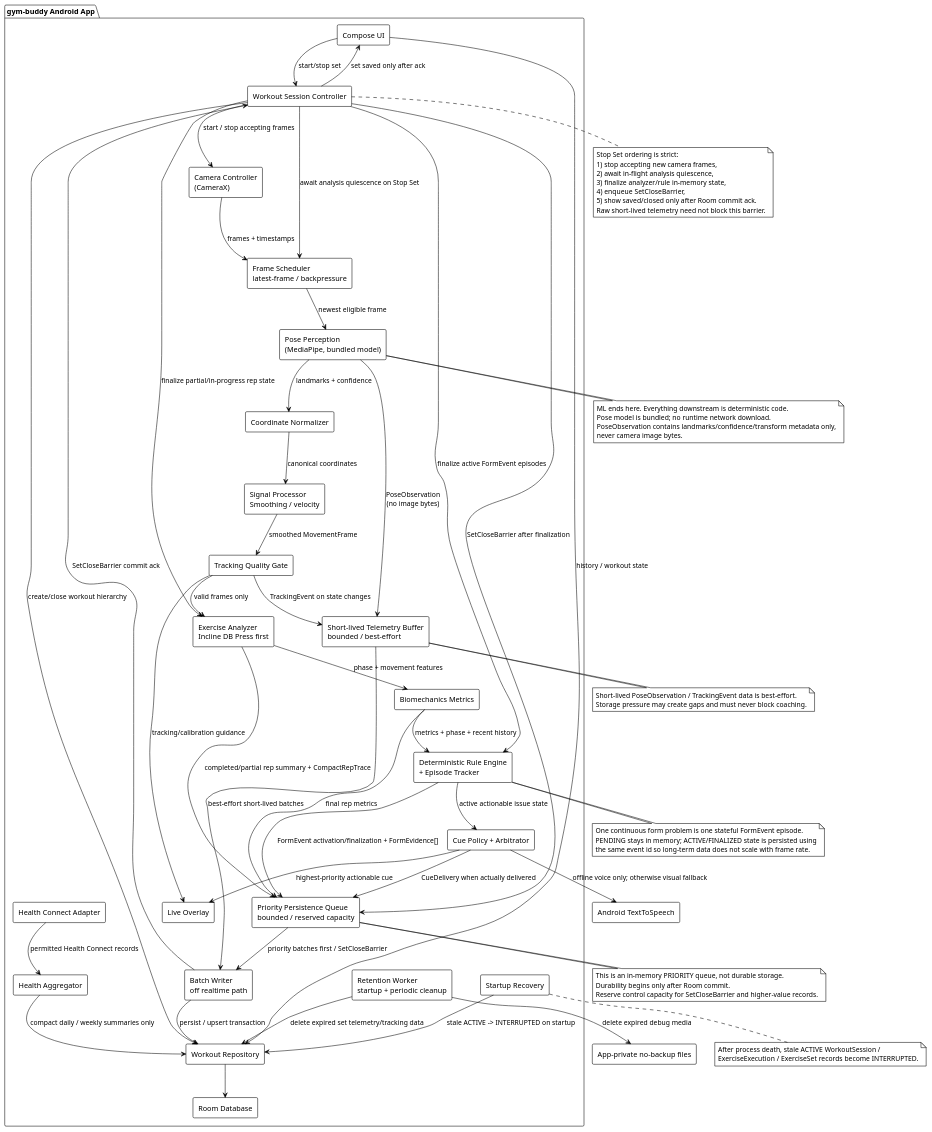
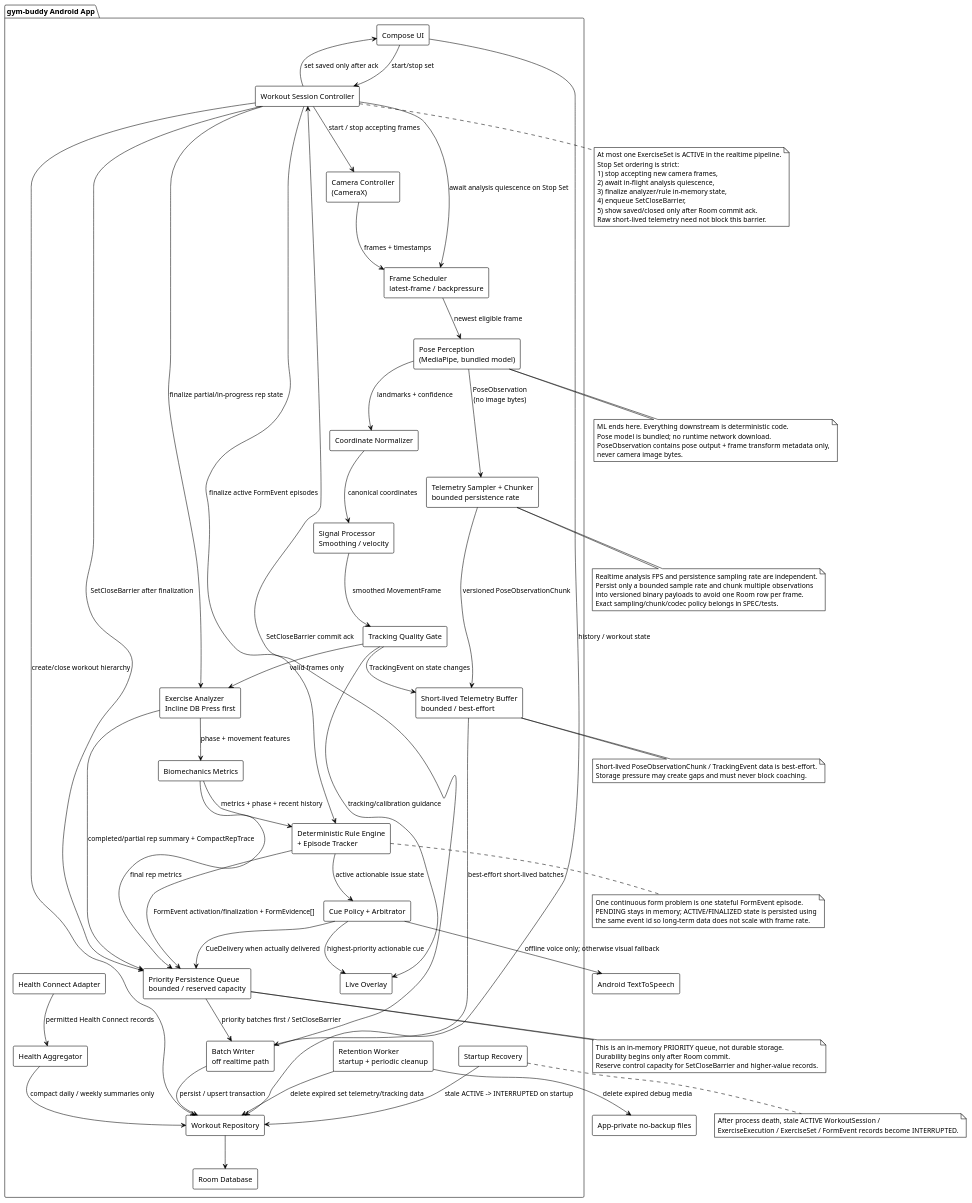
One commit to lazerta/gym-buddy changed the diagram in docs/uml/02-android-components.puml. Above: the diagram before and after it, drawn with PlantUML.

Commit message:
Add bounded telemetry sampling and chunking

```diff
--- a/docs/uml/02-android-components.puml
+++ b/docs/uml/02-android-components.puml
@@ -1,110 +1,120 @@
 @startuml
 !theme plain
 skinparam shadowing false
 skinparam componentStyle rectangle
 
 package "gym-buddy Android App" {
   [Compose UI] as UI
   [Workout Session Controller] as Session
   [Camera Controller\n(CameraX)] as Camera
   [Frame Scheduler\nlatest-frame / backpressure] as Scheduler
   [Pose Perception\n(MediaPipe, bundled model)] as Pose
   [Coordinate Normalizer] as Normalize
   [Signal Processor\nSmoothing / velocity] as Signal
   [Tracking Quality Gate] as Quality
   [Exercise Analyzer\nIncline DB Press first] as Analyzer
   [Biomechanics Metrics] as Metrics
   [Deterministic Rule Engine\n+ Episode Tracker] as Rules
   [Cue Policy + Arbitrator] as CuePolicy
   [Live Overlay] as Overlay
+  [Telemetry Sampler + Chunker\nbounded persistence rate] as TelemetryStage
   [Short-lived Telemetry Buffer\nbounded / best-effort] as TelemetryBuffer
   [Priority Persistence Queue\nbounded / reserved capacity] as PriorityQueue
   [Batch Writer\noff realtime path] as BatchWriter
   [Workout Repository] as Repo
   [Health Connect Adapter] as Health
   [Health Aggregator] as HealthAgg
   [Retention Worker\nstartup + periodic cleanup] as Retention
   [Startup Recovery] as Recovery
   [Room Database] as Room
 }
 
 UI --> Session : start/stop set
 Session --> Repo : create/close workout hierarchy
 Session --> Camera : start / stop accepting frames
 Session --> Scheduler : await analysis quiescence on Stop Set
 Session --> Analyzer : finalize partial/in-progress rep state
 Session --> Rules : finalize active FormEvent episodes
 Session --> PriorityQueue : SetCloseBarrier after finalization
 Camera --> Scheduler : frames + timestamps
 Scheduler --> Pose : newest eligible frame
-Pose --> TelemetryBuffer : PoseObservation\n(no image bytes)
+Pose --> TelemetryStage : PoseObservation\n(no image bytes)
+TelemetryStage --> TelemetryBuffer : versioned PoseObservationChunk
 Pose --> Normalize : landmarks + confidence
 Normalize --> Signal : canonical coordinates
 Signal --> Quality : smoothed MovementFrame
 Quality --> Analyzer : valid frames only
 Quality --> Overlay : tracking/calibration guidance
 Quality --> TelemetryBuffer : TrackingEvent on state changes
 Analyzer --> Metrics : phase + movement features
 Metrics --> Rules : metrics + phase + recent history
 Rules --> CuePolicy : active actionable issue state
 CuePolicy --> Overlay : highest-priority actionable cue
 CuePolicy --> [Android TextToSpeech] : offline voice only; otherwise visual fallback
 
 Analyzer --> PriorityQueue : completed/partial rep summary + CompactRepTrace
 Metrics --> PriorityQueue : final rep metrics
 Rules --> PriorityQueue : FormEvent activation/finalization + FormEvidence[]
 CuePolicy --> PriorityQueue : CueDelivery when actually delivered
 TelemetryBuffer --> BatchWriter : best-effort short-lived batches
 PriorityQueue --> BatchWriter : priority batches first / SetCloseBarrier
 BatchWriter --> Repo : persist / upsert transaction
 Repo --> Room
 BatchWriter --> Session : SetCloseBarrier commit ack
 Session --> UI : set saved only after ack
 
 Health --> HealthAgg : permitted Health Connect records
 HealthAgg --> Repo : compact daily / weekly summaries only
 Retention --> Repo : delete expired set telemetry/tracking data
 Retention --> [App-private no-backup files] : delete expired debug media
 Recovery --> Repo : stale ACTIVE -> INTERRUPTED on startup
 UI --> Repo : history / workout state
 
 note bottom of Pose
 ML ends here. Everything downstream is deterministic code.
 Pose model is bundled; no runtime network download.
-PoseObservation contains landmarks/confidence/transform metadata only,
+PoseObservation contains pose output + frame transform metadata only,
 never camera image bytes.
 end note
 
+note bottom of TelemetryStage
+Realtime analysis FPS and persistence sampling rate are independent.
+Persist only a bounded sample rate and chunk multiple observations
+into versioned binary payloads to avoid one Room row per frame.
+Exact sampling/chunk/codec policy belongs in SPEC/tests.
+end note
+
 note bottom of Session
+At most one ExerciseSet is ACTIVE in the realtime pipeline.
 Stop Set ordering is strict:
 1) stop accepting new camera frames,
 2) await in-flight analysis quiescence,
 3) finalize analyzer/rule in-memory state,
 4) enqueue SetCloseBarrier,
 5) show saved/closed only after Room commit ack.
 Raw short-lived telemetry need not block this barrier.
 end note
 
 note bottom of Rules
 One continuous form problem is one stateful FormEvent episode.
 PENDING stays in memory; ACTIVE/FINALIZED state is persisted using
 the same event id so long-term data does not scale with frame rate.
 end note
 
 note bottom of TelemetryBuffer
-Short-lived PoseObservation / TrackingEvent data is best-effort.
+Short-lived PoseObservationChunk / TrackingEvent data is best-effort.
 Storage pressure may create gaps and must never block coaching.
 end note
 
 note bottom of PriorityQueue
 This is an in-memory PRIORITY queue, not durable storage.
 Durability begins only after Room commit.
 Reserve control capacity for SetCloseBarrier and higher-value records.
 end note
 
 note bottom of Recovery
 After process death, stale ACTIVE WorkoutSession /
-ExerciseExecution / ExerciseSet records become INTERRUPTED.
+ExerciseExecution / ExerciseSet / FormEvent records become INTERRUPTED.
 end note
 
 @enduml
```
